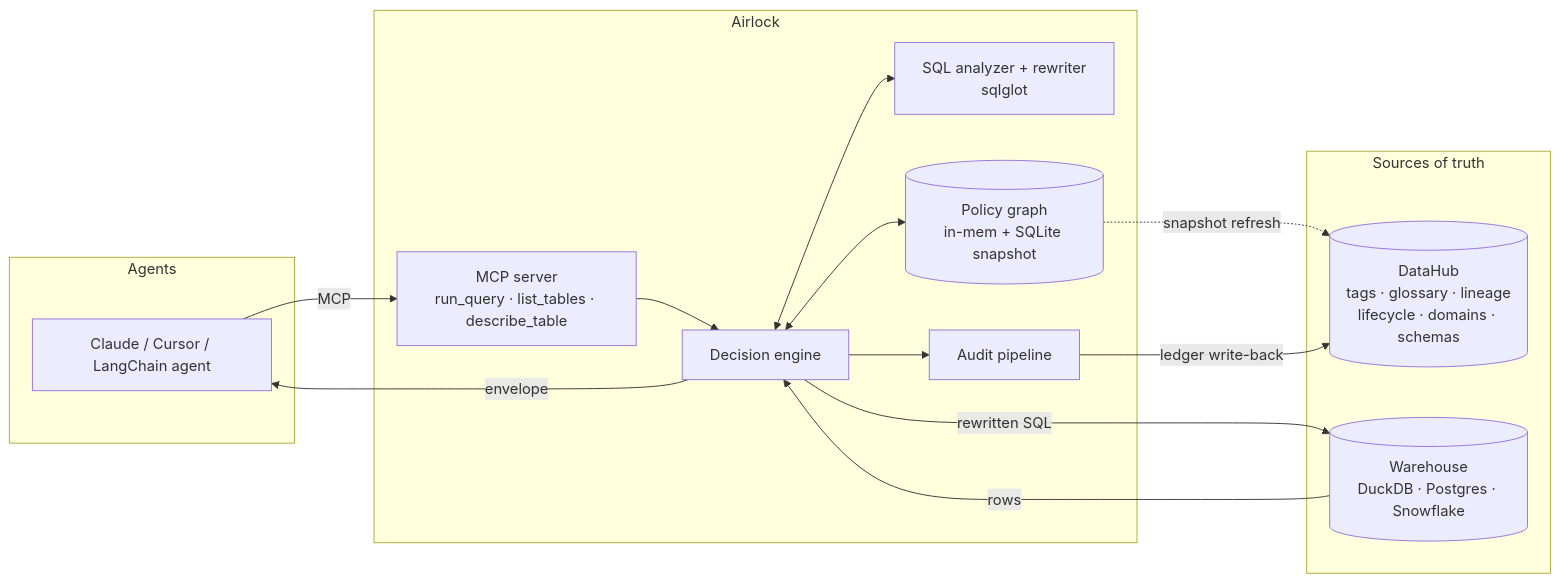
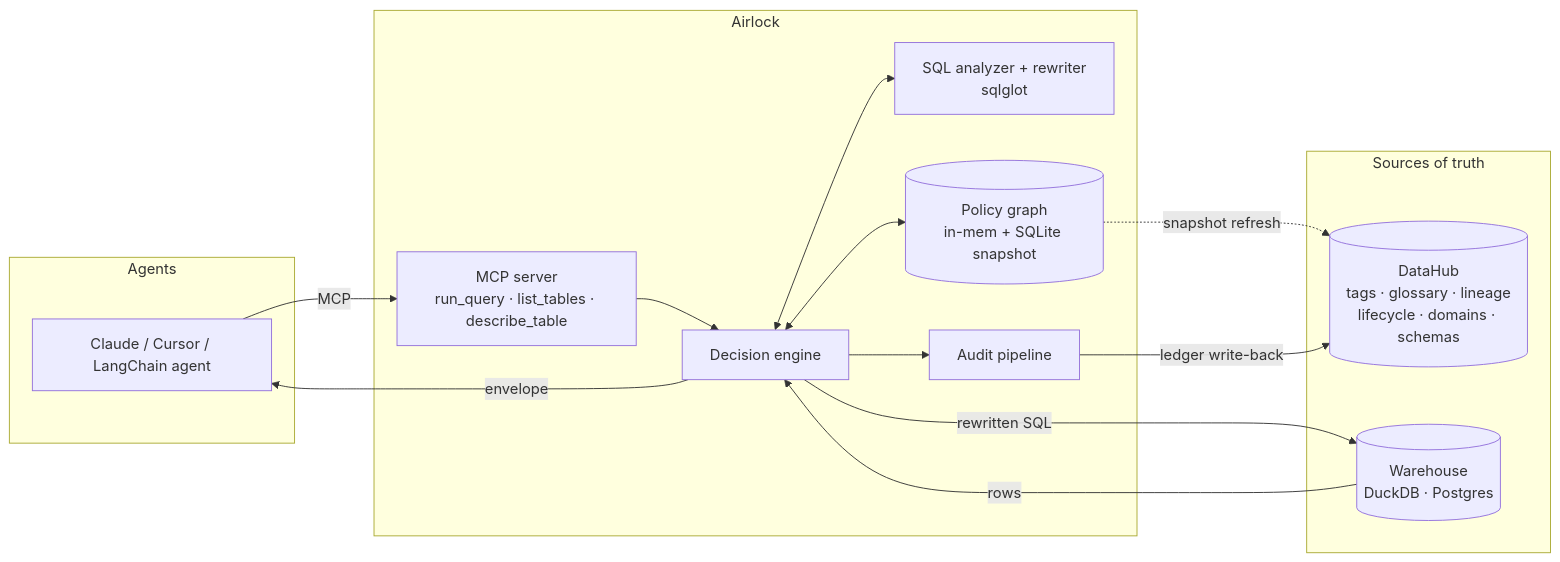
Before and after one commit to Purv-Kabaria/Airlock: the first of 2 diagrams in README.md, drawn with Mermaid. The commit also changed other lines of this file and 3 other files, not shown here.

First line of the commit message:
fix: reject warehouse kinds that have no adapter, and drop the Snowflake claim

````diff
--- a/README.md
+++ b/README.md
@@ -238,25 +238,25 @@
 ```mermaid
 flowchart LR
     subgraph Agents
         A1["Claude / Cursor / LangChain agent"]
     end
     subgraph Airlock
         MCP["MCP server<br/>run_query · list_tables · describe_table"]
         PDP["Decision engine"]
         RW["SQL analyzer + rewriter<br/>sqlglot"]
         PG[("Policy graph<br/>in-mem + SQLite snapshot")]
         AUD["Audit pipeline"]
     end
     subgraph Sources of truth
         DH[("DataHub<br/>tags · glossary · lineage<br/>lifecycle · domains · schemas")]
-        WH[("Warehouse<br/>DuckDB · Postgres · Snowflake")]
+        WH[("Warehouse<br/>DuckDB · Postgres")]
     end
     A1 -- MCP --> MCP --> PDP
     PDP <--> RW
     PDP <--> PG
     PG -. snapshot refresh .-> DH
     PDP -- rewritten SQL --> WH
     WH -- rows --> PDP -- envelope --> A1
     AUD -- ledger write-back --> DH
     PDP --> AUD
 ```
````
